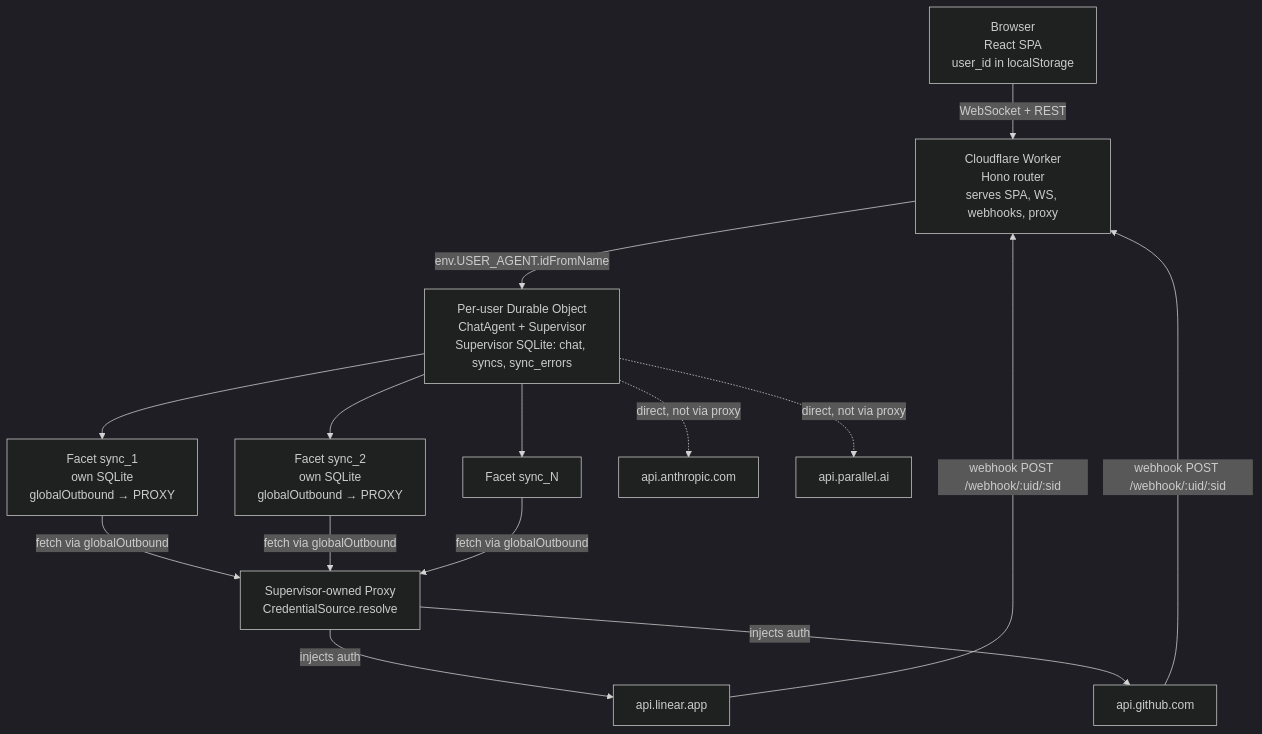
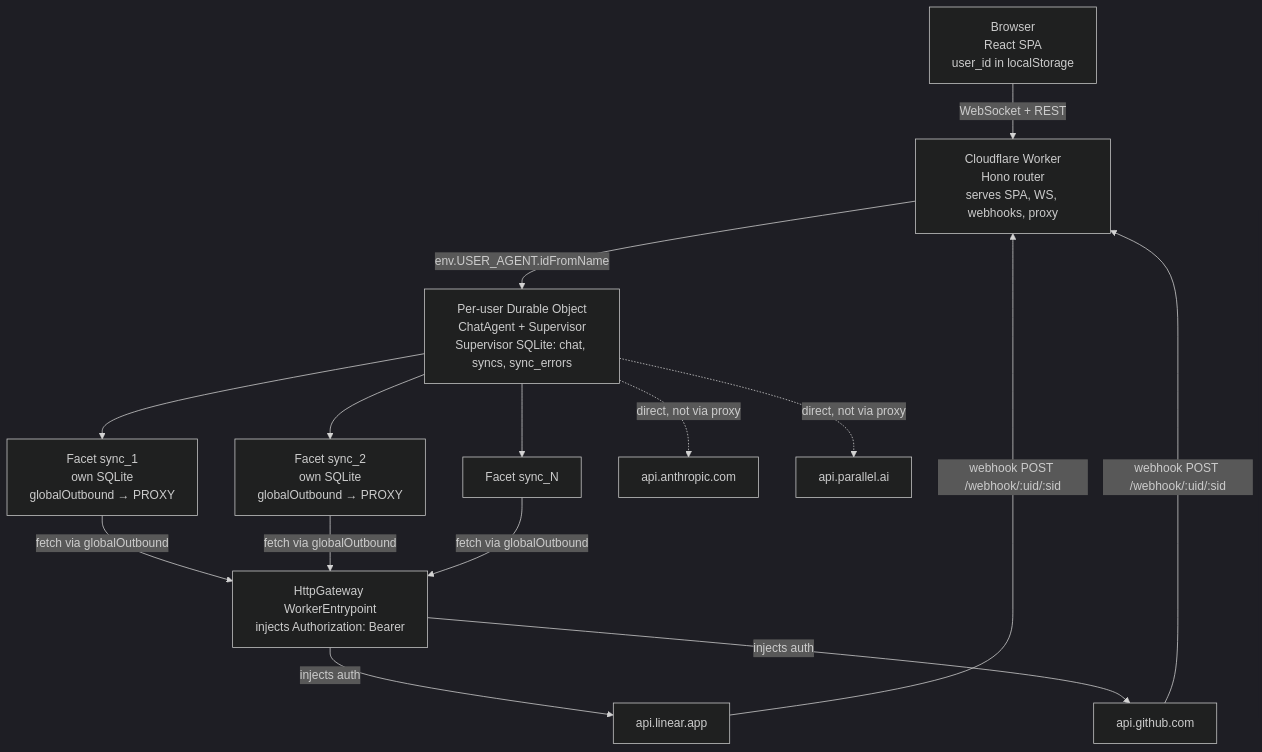
One commit to georgeatparallel/self-syncing-agent changed the first of 3 diagrams in docs/superpowers/specs/2026-04-17-self-syncing-agent-architecture-design.md. Above: the diagram before and after it, drawn with Mermaid (dark theme). The commit also changed other lines of this file, not shown here.

First line of the commit message:
Phase 06 follow-up: scrub stale CredentialSource mentions from design doc

````diff
--- a/docs/superpowers/specs/2026-04-17-self-syncing-agent-architecture-design.md
+++ b/docs/superpowers/specs/2026-04-17-self-syncing-agent-architecture-design.md
@@ -52,29 +52,29 @@
 ```mermaid
 flowchart TD
     Browser[Browser<br/>React SPA<br/>user_id in localStorage]
     Worker[Cloudflare Worker<br/>Hono router<br/>serves SPA, WS, webhooks, proxy]
     UserDO[Per-user Durable Object<br/>ChatAgent + Supervisor<br/>Supervisor SQLite: chat, syncs, sync_errors]
     Facet1[Facet sync_1<br/>own SQLite<br/>globalOutbound → PROXY]
     Facet2[Facet sync_2<br/>own SQLite<br/>globalOutbound → PROXY]
     FacetN[Facet sync_N]
-    Proxy[Supervisor-owned Proxy<br/>CredentialSource.resolve]
+    Proxy[HttpGateway WorkerEntrypoint<br/>injects Authorization: Bearer]
     Linear[api.linear.app]
     GitHub[api.github.com]
     Anthropic[api.anthropic.com]
     Parallel[api.parallel.ai]
 
     Browser -- WebSocket + REST --> Worker
     Worker -- env.USER_AGENT.idFromName --> UserDO
     UserDO --> Facet1
     UserDO --> Facet2
     UserDO --> FacetN
     Facet1 -- fetch via globalOutbound --> Proxy
     Facet2 -- fetch via globalOutbound --> Proxy
     FacetN -- fetch via globalOutbound --> Proxy
     Proxy -- injects auth --> Linear
     Proxy -- injects auth --> GitHub
     UserDO -. direct, not via proxy .-> Anthropic
     UserDO -. direct, not via proxy .-> Parallel
     Linear -- webhook POST /webhook/:uid/:sid --> Worker
     GitHub -- webhook POST /webhook/:uid/:sid --> Worker
 ```
````
